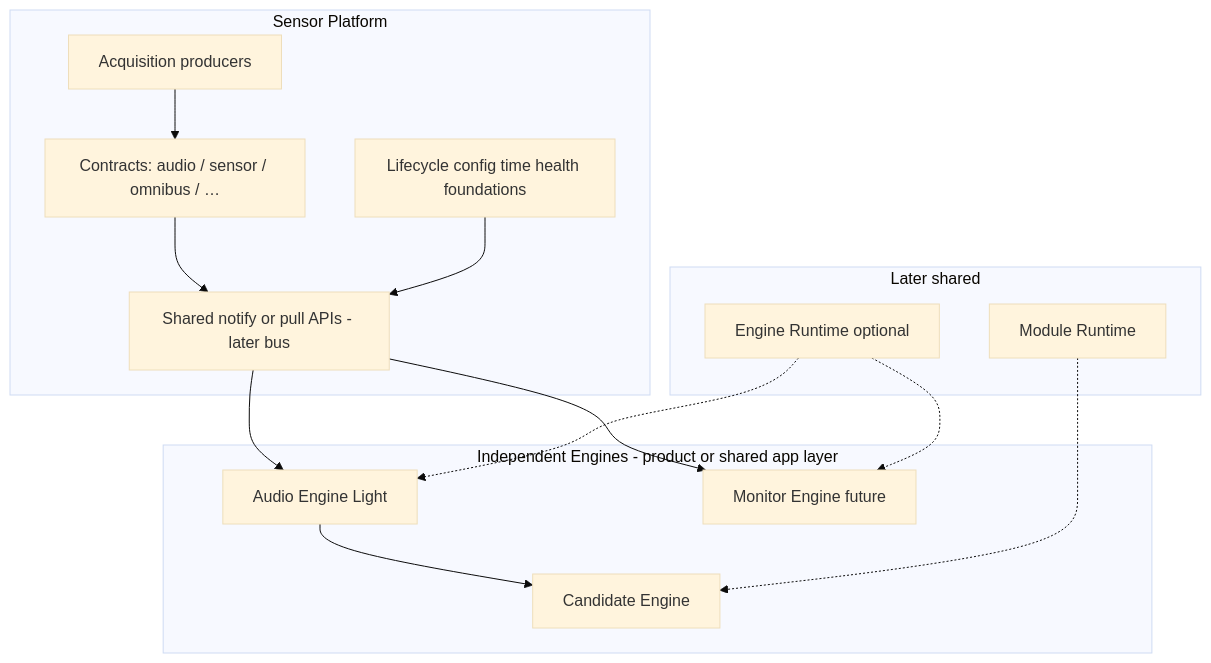
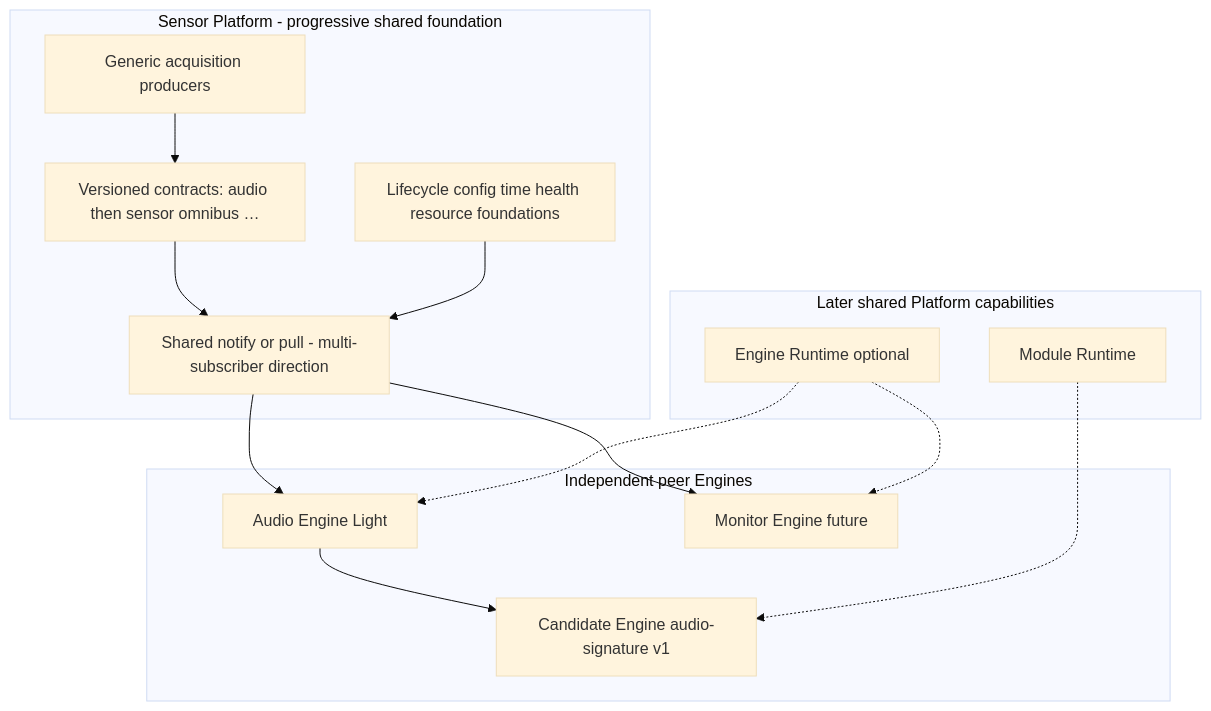
The first of 6 diagrams in docs/architecture/audio-and-candidate-engine.md (hemskgren/dBmap), drawn with Mermaid (base theme) before and after one commit. The commit also changed other lines of this file and 2 other files, not shown here.

First line of the commit message:
Strengthen multi-engine Platform architecture requirements in AE/CE design.

````diff
--- a/docs/architecture/audio-and-candidate-engine.md
+++ b/docs/architecture/audio-and-candidate-engine.md
@@ -47,28 +59,28 @@
 ```mermaid
 flowchart TB
-  subgraph platform [Sensor Platform]
-    ACQ[Acquisition producers]
-    CTR[Contracts: audio / sensor / omnibus / …]
-    BUS[Shared notify or pull APIs - later bus]
-    LIFE[Lifecycle config time health foundations]
+  subgraph platform [Sensor Platform - progressive shared foundation]
+    ACQ[Generic acquisition producers]
+    CTR[Versioned contracts: audio then sensor omnibus …]
+    BUS[Shared notify or pull - multi-subscriber direction]
+    LIFE[Lifecycle config time health resource foundations]
     ACQ --> CTR
     CTR --> BUS
     LIFE --> BUS
   end
-  subgraph engines [Independent Engines - product or shared app layer]
+  subgraph engines [Independent peer Engines]
     AEL[Audio Engine Light]
     MON[Monitor Engine future]
-    CE[Candidate Engine]
+    CE[Candidate Engine audio-signature v1]
   end
-  subgraph later [Later shared]
+  subgraph later [Later shared Platform capabilities]
     ER[Engine Runtime optional]
     MR[Module Runtime]
   end
 
   BUS --> AEL
   BUS --> MON
   AEL --> CE
   ER -.-> AEL
   ER -.-> MON
   MR -.-> CE
 ```
````
